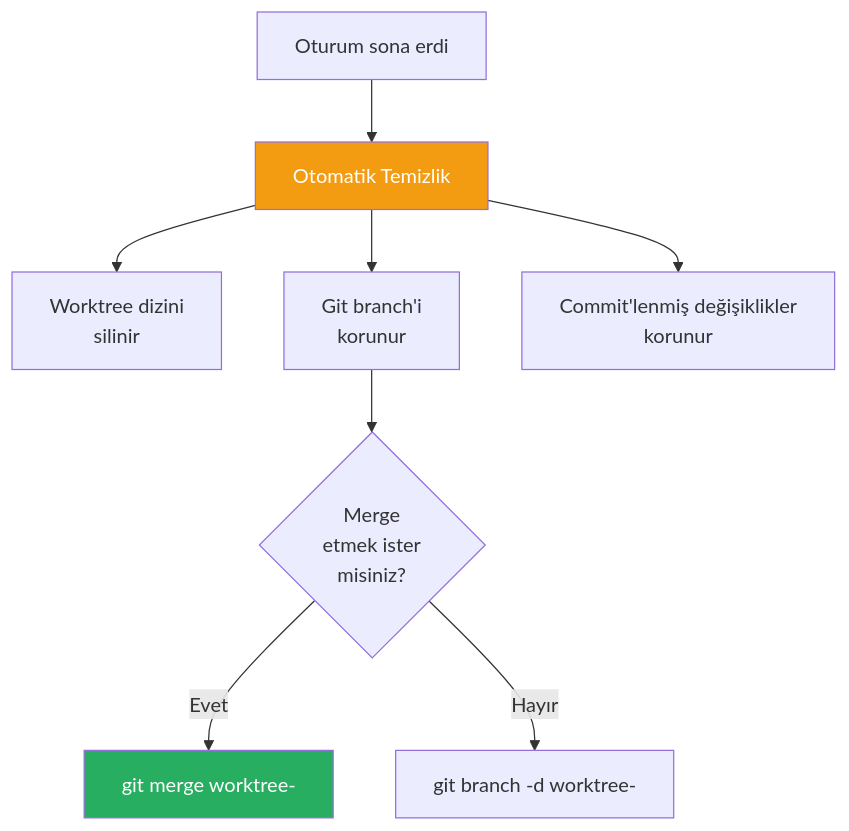
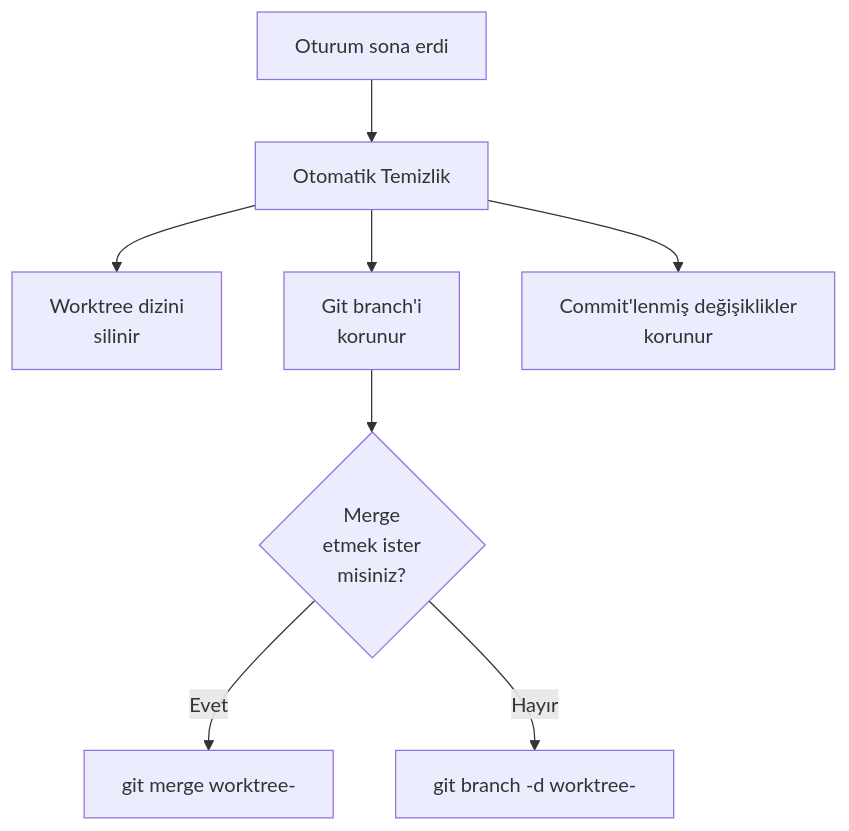
One commit to IzzetYasinAtes/ClaudeCodeHandbook changed the sixth of 7 diagrams in 09-bellek-ve-baglam/08-worktree-ile-paralel-calisma.md. Above: the diagram before and after it, drawn with Mermaid. The commit also changed other lines of this file and 97 other files, not shown here.

Commit message:
Remove all custom Mermaid style/fill colors from 98 markdown files for consistent dark theme rendering

````diff
--- a/09-bellek-ve-baglam/08-worktree-ile-paralel-calisma.md
+++ b/09-bellek-ve-baglam/08-worktree-ile-paralel-calisma.md
@@ -305,14 +297,12 @@
 ```mermaid
 flowchart TD
     SESSION["Oturum sona erdi"] --> CLEANUP["Otomatik Temizlik"]
     CLEANUP --> REMOVE_DIR["Worktree dizini<br/>silinir"]
     CLEANUP --> KEEP_BRANCH["Git branch'i<br/>korunur"]
     CLEANUP --> KEEP_CHANGES["Commit'lenmiş değişiklikler<br/>korunur"]
 
     KEEP_BRANCH --> MERGE{"Merge<br/>etmek ister<br/>misiniz?"}
     MERGE -->|"Evet"| GIT_MERGE["git merge worktree-<isim>"]
     MERGE -->|"Hayır"| DELETE_BRANCH["git branch -d worktree-<isim>"]
 
-    style CLEANUP fill:#F39C12,color:#fff
-    style GIT_MERGE fill:#27AE60,color:#fff
 ```
````
